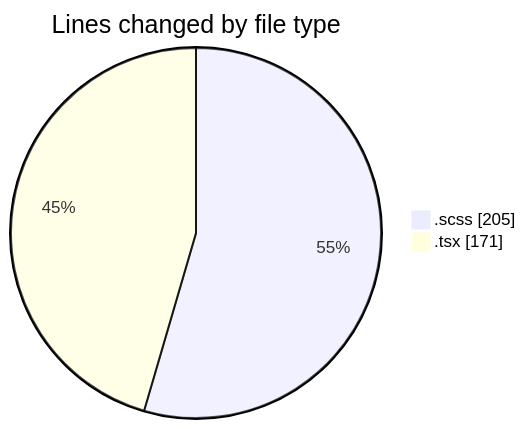
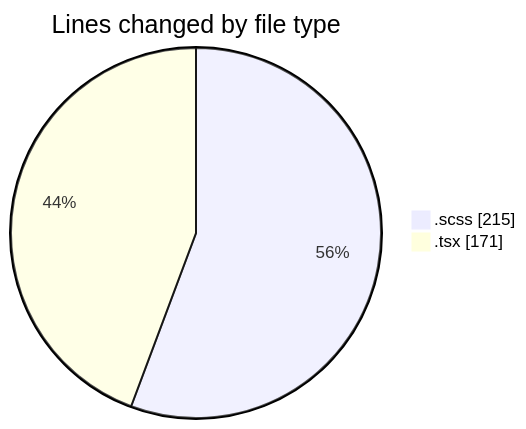
One commit to momahboobian/code-tracking changed the first of 2 diagrams in 2025-08-28/cda/README.md. Above: the diagram before and after it, drawn with Mermaid. The commit also changed other lines of this file and 1 other file, not shown here.

````diff
--- a/2025-08-28/cda/README.md
+++ b/2025-08-28/cda/README.md
@@ -21,6 +21,6 @@
 ```mermaid
 pie showData
 title Lines changed by file type
-".scss" : 205
+".scss" : 215
 ".tsx" : 171
 ```
````
